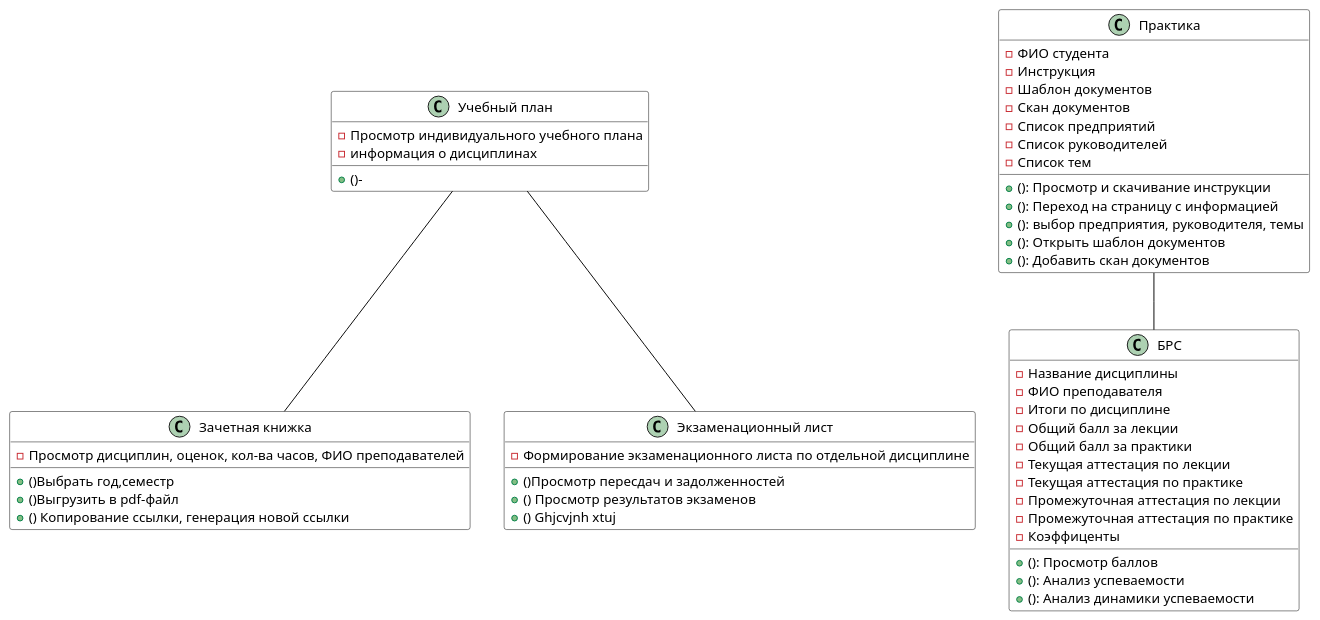
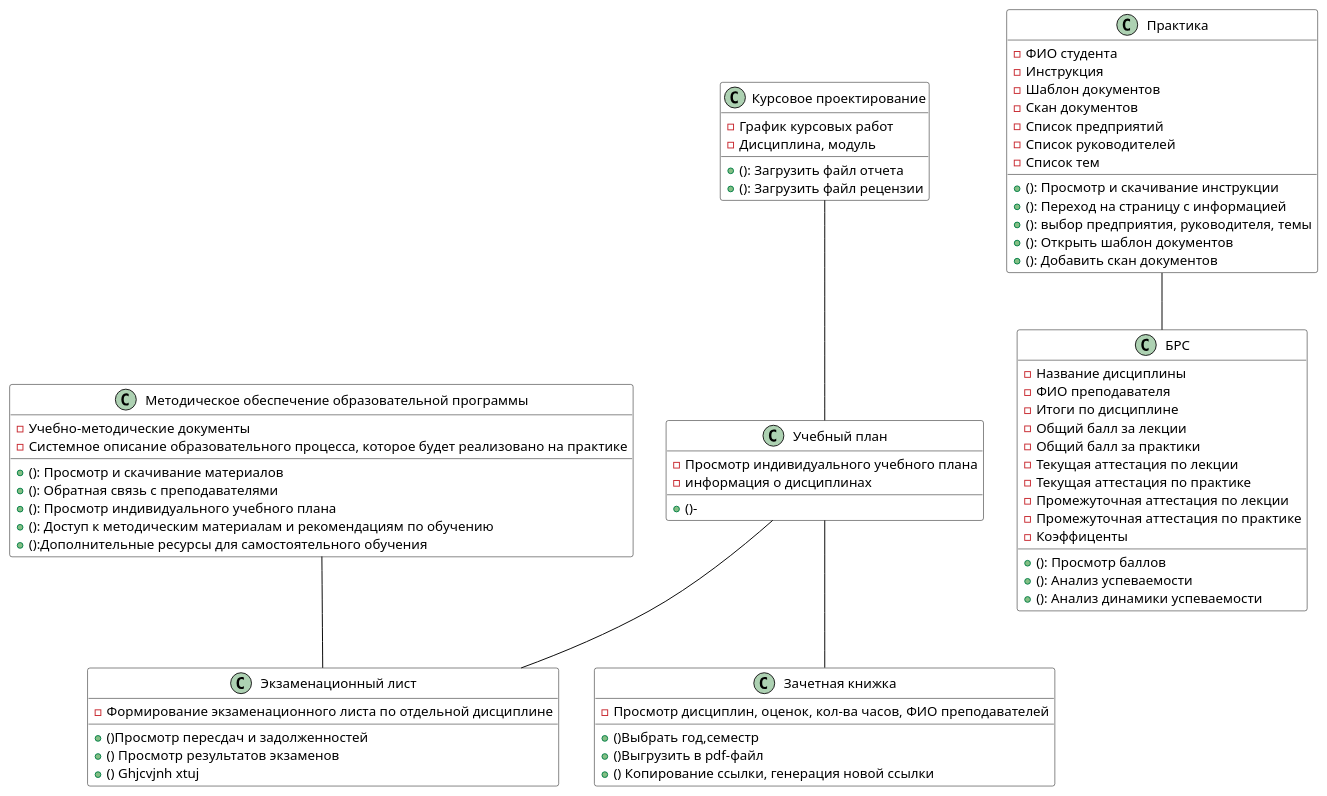
One commit to AEKCOOL1905/first_repo changed the diagram in test2.puml. Above: the diagram before and after it, drawn with PlantUML.

Commit message:
ксюша

```diff
--- a/test2.puml
+++ b/test2.puml
@@ -1,137 +1,167 @@
 @startuml
 
 ' Настройка стиля для прямоугольника
 skinparam class {
     BackgroundColor #FFF
     BorderColor #000
     ArrowColor #000
     FontName Arial
 }
 
 ' Класс с атрибутами и методами
 
 class "Учебный план" as учебныйплан {
   ' Атрибуты (поля класса)
   - Просмотр индивидуального учебного плана
   - информация о дисциплинах
  
 
  ' Методы (функции класса)
 
   + ()-
 
 }
 
 ' Можно добавить связь с другим классом (опционально)
 ' class AnotherClass
 ' MyClass --> AnotherClass : "использует"
 учебныйплан--Зачетнаякнижка
 
 
 
 ' Настройка стиля для прямоугольника
 skinparam class {
     BackgroundColor #FFF
     BorderColor #000
     ArrowColor #000
     FontName Arial
 }
 
 ' Класс с атрибутами и методами
 
 class "Зачетная книжка" as Зачетнаякнижка {
   ' Атрибуты (поля класса)
   - Просмотр дисциплин, оценок, кол-ва часов, ФИО преподавателей
 
   ' Методы (функции класса)
   +()Выбрать год,семестр
   +()Выгрузить в pdf-файл
   +() Копирование ссылки, генерация новой ссылки
 }
 
 ' Можно добавить связь с другим классом (опционально)
 ' class AnotherClass
 ' MyClass --> AnotherClass : "использует"
 ' Можно добавить связь с другим классом (опционально)
 ' class AnotherClass
 ' MyClass --> AnotherClass : "использует"
 учебныйплан--Экзаменационныйлист
 
 ' Настройка стиля для прямоугольника
 skinparam class {
     BackgroundColor #FFF
     BorderColor #000
     ArrowColor #000
     FontName Arial
 }
 
 ' Класс с атрибутами и методами
 class "Экзаменационный лист" as Экзаменационныйлист {
   ' Атрибуты (поля класса)
   -  Формирование экзаменационного листа по отдельной дисциплине
  
   ' Методы (функции класса)
   + ()Просмотр пересдач и задолженностей 
   + () Просмотр результатов экзаменов
   + () Ghjcvjnh xtuj
 
 }
 
 ' Можно добавить связь с другим классом (опционально)
 ' class AnotherClass
 ' MyClass --> AnotherClass : "использует"g
 
 ' Класс с атрибутами и методами
 class "Практика" as Практика {
   ' Атрибуты (поля класса)
   - ФИО студента
   - Инструкция
   - Шаблон документов
   - Скан документов
   - Список предприятий
   - Список руководителей
   - Список тем
   ' Методы (функции класса)
   + (): Просмотр и скачивание инструкции
   + (): Переход на страницу с информацией
   + (): выбор предприятия, руководителя, темы
   + (): Открыть шаблон документов
   + (): Добавить скан документов
 }
 
 ' Можно добавить связь с другим классом (опционально)
 ' class AnotherClass
 ' MyClass --> AnotherClass : "использует"
 Практика--БРС
 
 ' Настройка стиля для прямоугольника
 skinparam class {
     BackgroundColor #FFF
     BorderColor #000
     ArrowColor #000
     FontName Arial
 }
 
 ' Класс с атрибутами и методами
 class "БРС" as БРС {
   ' Атрибуты (поля класса)
   - Название дисциплины
   - ФИО преподавателя
   - Итоги по дисциплине
   - Общий балл за лекции
   - Общий балл за практики
   - Текущая аттестация по лекции
   - Текущая аттестация по практике
   - Промежуточная аттестация по лекции
   - Промежуточная аттестация по практике
   - Коэффиценты
   ' Методы (функции класса)
   + (): Просмотр баллов
   + (): Анализ успеваемости
   + (): Анализ динамики успеваемости
 }
 ' Можно добавить связь с другим классом (опционально)
 ' class AnotherClass
 ' MyClass --> AnotherClass : "использует"
 
+' Класс с атрибутами и методами
+class " Курсовое проектирование" as Курсовоепроектирование {
+  ' Атрибуты (поля класса)
+  - График курсовых работ
+  - Дисциплина, модуль
+  ' Методы (функции класса)
+  + (): Загрузить файл отчета 
+  + (): Загрузить файл рецензии 
+}
+' Можно добавить связь с другим классом (опционально)
+' class AnotherClass
+' MyClass --> AnotherClass : "использует"
+Курсовоепроектирование -- учебныйплан
+
+' Класс с атрибутами и методами
+class "Методическое обеспечение образовательной программы" as Методическоеобеспечениеобразовательнойпрограммы {
+  ' Атрибуты (поля класса)
+  - Учебно-методические документы
+  - Системное описание образовательного процесса, которое будет реализовано на практике
+  ' Методы (функции класса)
+  + (): Просмотр и скачивание материалов
+  + (): Обратная связь с преподавателями
+  + (): Просмотр индивидуального учебного плана
+  + (): Доступ к методическим материалам и рекомендациям по обучению
+  + ():Дополнительные ресурсы для самостоятельного обучения 
+}
+' Можно добавить связь с другим классом (опционально)
+' class AnotherClass
+' MyClass --> AnotherClass : "использует"
+Методическоеобеспечениеобразовательнойпрограммы -- Экзаменационныйлист
 @enduml
```
